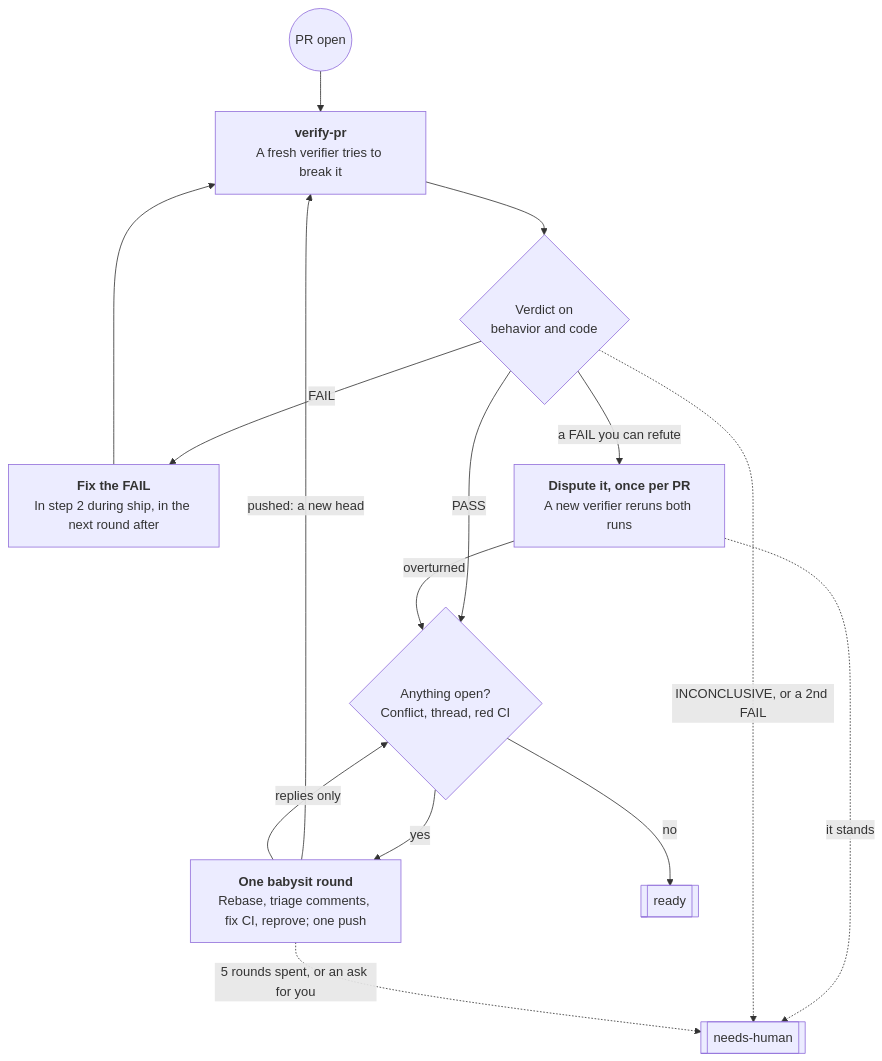
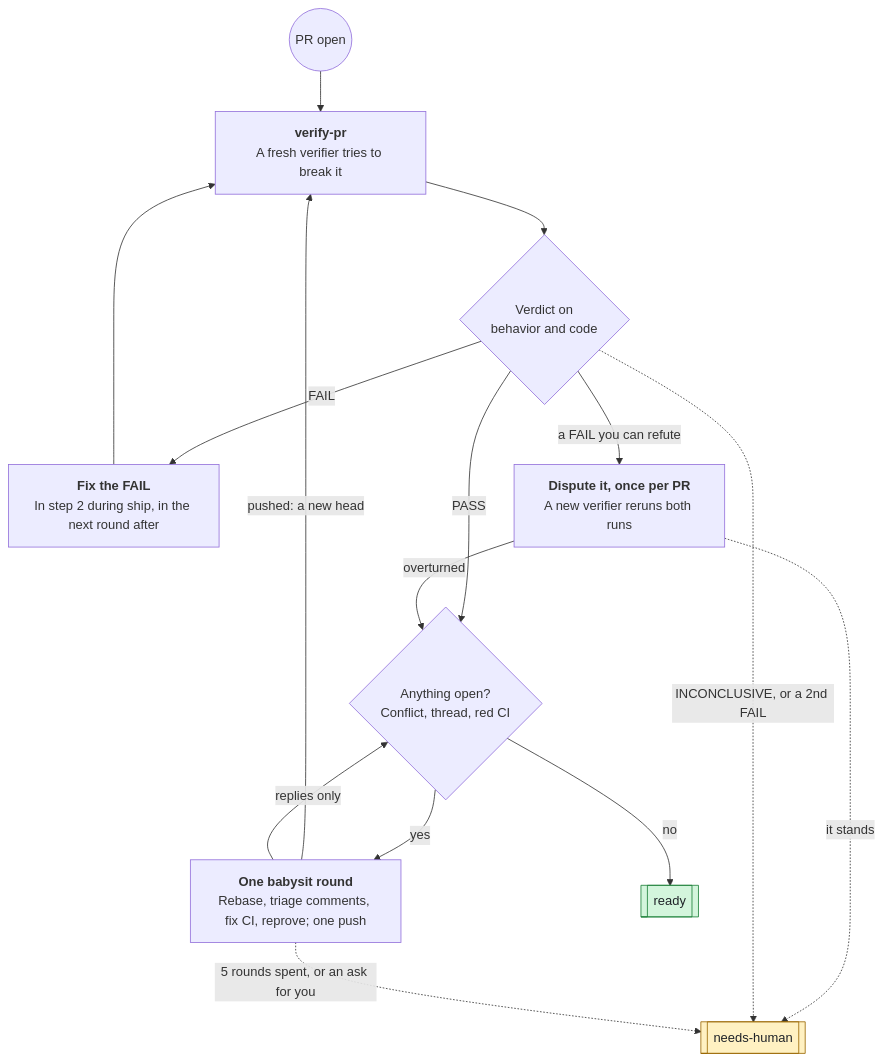
Diagram 12 of 12 in skills/GRAPH.md (Ilian-Allaf/skillstack), drawn with Mermaid before and after one commit. The commit also changed other lines of this file, not shown here.

First line of the commit message:
Make the skill graph readable at a glance

````diff
--- a/skills/GRAPH.md
+++ b/skills/GRAPH.md
@@ -284,25 +338,31 @@
 ```mermaid
 flowchart TB
   open(("PR open"))
   verify["<b>verify-pr</b><br/>A fresh verifier tries to break it"]
   verdict{"Verdict on<br/>behavior and code"}
   fix["<b>Fix the FAIL</b><br/>In step 2 during ship, in the next round after"]
   dispute["<b>Dispute it, once per PR</b><br/>A new verifier reruns both runs"]
   state{"Anything open?<br/>Conflict, thread, red CI"}
   round["<b>One babysit round</b><br/>Rebase, triage comments, fix CI, reprove; one push"]
   ready[["ready"]]
   human[["needs-human"]]
 
   open --> verify --> verdict
   verdict -->|PASS| state
   verdict -->|FAIL| fix --> verify
   verdict -->|a FAIL you can refute| dispute
   dispute -->|overturned| state
   dispute -.->|it stands| human
   verdict -.->|"INCONCLUSIVE, or a 2nd FAIL"| human
   state -->|no| ready
   state -->|yes| round
   round -->|pushed: a new head| verify
   round -->|replies only| state
   round -.->|"5 rounds spent, or an ask for you"| human
+
+  classDef ready fill:#d3f5dc,stroke:#1a7f37,color:#1f2328
+  classDef human fill:#fff1c2,stroke:#9a6700,color:#1f2328
+  classDef stop fill:#ffe0e0,stroke:#cf222e,color:#1f2328
+  class ready ready
+  class human human
 ```
````
